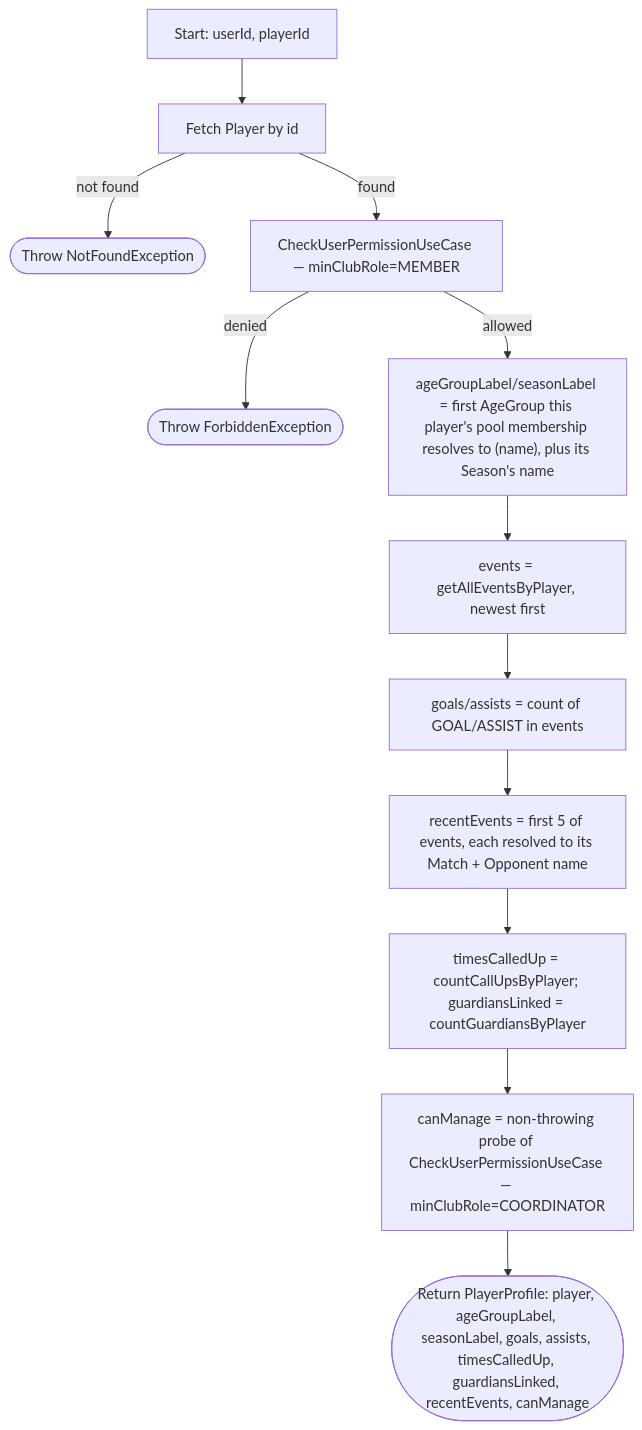
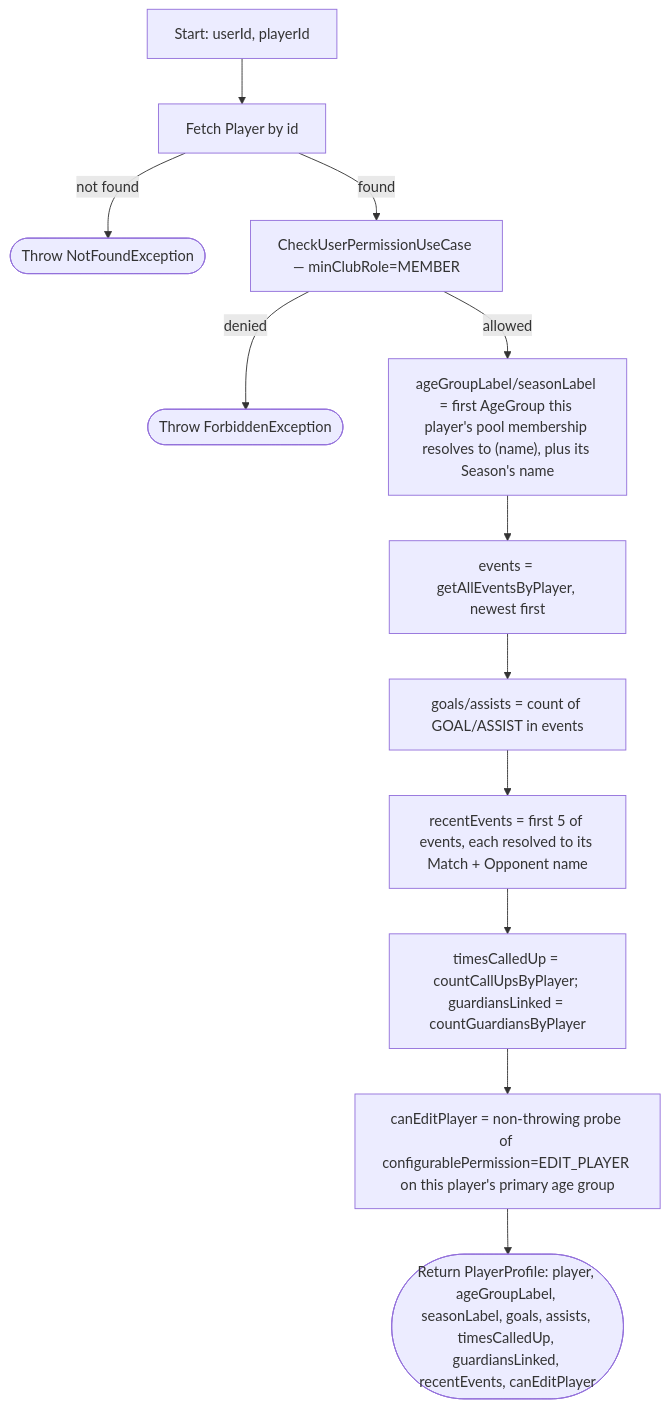
Before and after one commit to ricardofrango/squadify: diagram 32 of 57 in PROCESS_FLOWS.md, drawn with Mermaid. The commit also changed other lines of this file and 30 other files, not shown here.

First line of the commit message:
Make permission-gated UI actually track club permissions, add friendly denial messages

````diff
--- a/PROCESS_FLOWS.md
+++ b/PROCESS_FLOWS.md
@@ -630,14 +632,14 @@
 ```mermaid
 graph TD
     A[Start: userId, playerId] --> B[Fetch Player by id]
     B -- not found --> N(["Throw NotFoundException"])
     B -- found --> C[CheckUserPermissionUseCase — minClubRole=MEMBER]
     C -- denied --> F(["Throw ForbiddenException"])
     C -- allowed --> D["ageGroupLabel/seasonLabel = first AgeGroup this player's pool membership resolves to (name), plus its Season's name"]
     D --> E["events = getAllEventsByPlayer, newest first"]
     E --> G["goals/assists = count of GOAL/ASSIST in events"]
     G --> H["recentEvents = first 5 of events, each resolved to its Match + Opponent name"]
     H --> I["timesCalledUp = countCallUpsByPlayer; guardiansLinked = countGuardiansByPlayer"]
-    I --> J["canManage = non-throwing probe of CheckUserPermissionUseCase — minClubRole=COORDINATOR"]
-    J --> Z(["Return PlayerProfile: player, ageGroupLabel, seasonLabel, goals, assists, timesCalledUp, guardiansLinked, recentEvents, canManage"])
+    I --> J["canEditPlayer = non-throwing probe of configurablePermission=EDIT_PLAYER on this player's primary age group"]
+    J --> Z(["Return PlayerProfile: player, ageGroupLabel, seasonLabel, goals, assists, timesCalledUp, guardiansLinked, recentEvents, canEditPlayer"])
 ```
````
